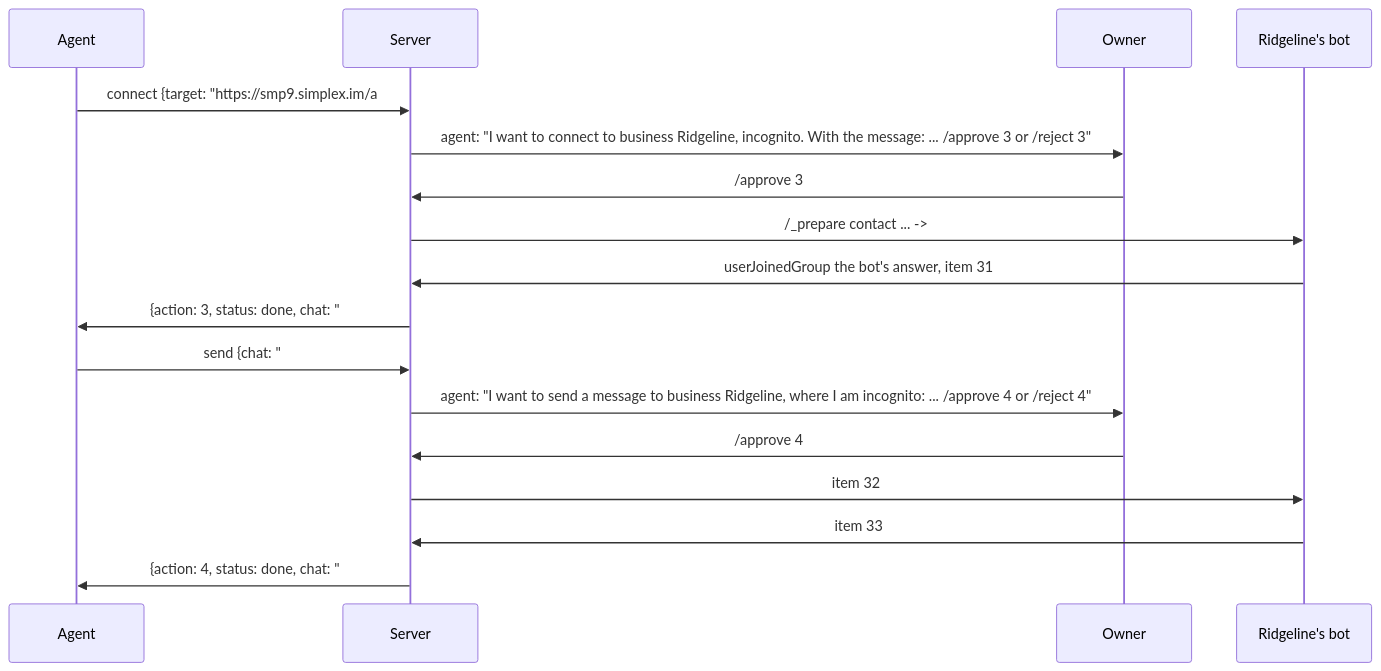
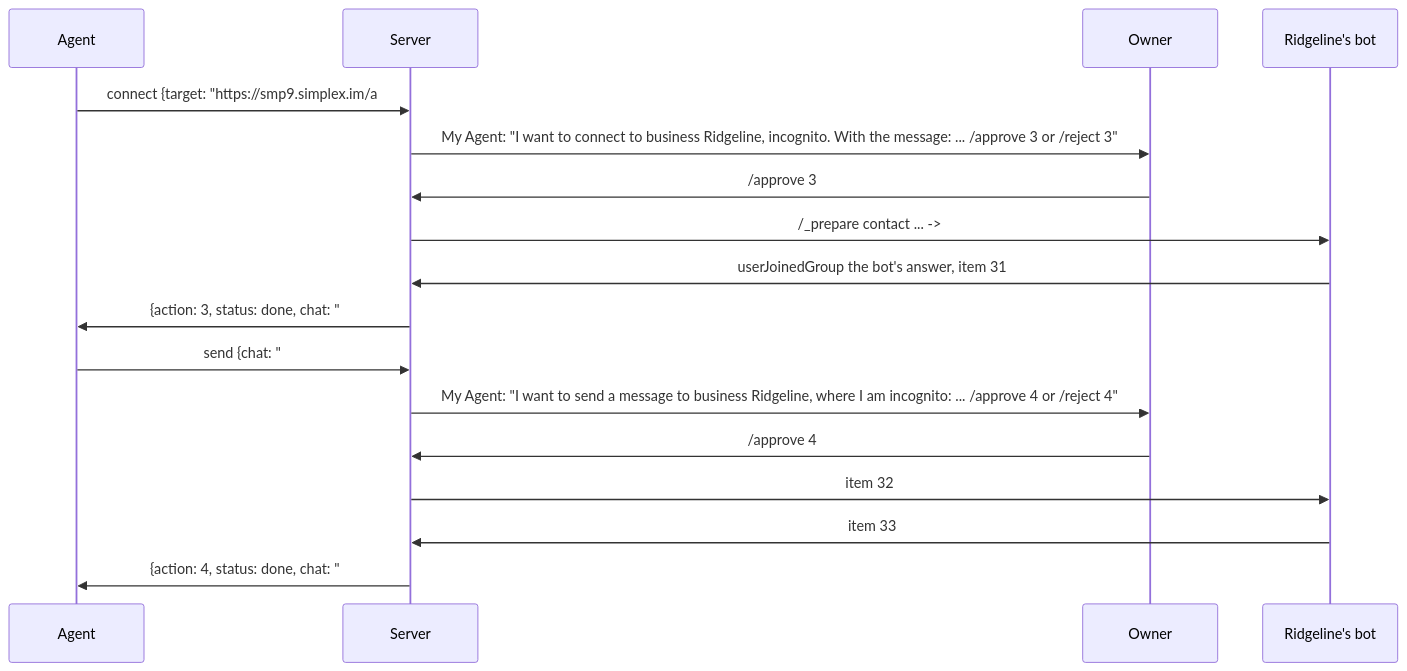
The third of 5 diagrams in packages/simplex-chat-mcp/PLAN.md (simplex-chat/simplex-chat), drawn with Mermaid before and after one commit. The commit also changed other lines of this file and 10 other files, not shown here.

````diff
--- a/packages/simplex-chat-mcp/PLAN.md
+++ b/packages/simplex-chat-mcp/PLAN.md
@@ -926,19 +931,19 @@
 ```mermaid
 sequenceDiagram
   participant A as Agent
   participant S as Server
   participant O as Owner
   participant V as Ridgeline's bot
   A->>S: connect {target: "https://smp9.simplex.im/a#...", incognito: true, message: "Do you have trail shoes under $150 in size 44?"}
-  S->>O: agent: "I want to connect to business Ridgeline, incognito. With the message: ... /approve 3 or /reject 3"
+  S->>O: My Agent: "I want to connect to business Ridgeline, incognito. With the message: ... /approve 3 or /reject 3"
   O->>S: /approve 3
   S->>V: /_prepare contact ... -> #9 (business chat); /_connect group #9 incognito=on text ...; known_as BraveOtter
   V->>S: userJoinedGroup #9; the bot's answer, item 31
   S->>A: {action: 3, status: done, chat: "#9", connected: true, type: "business", known_as: "BraveOtter", messages: [the request, 31]}
   A->>S: send {chat: "#9", text: "Is the Talus Trail waterproof?", wait: 600}
-  S->>O: agent: "I want to send a message to business Ridgeline, where I am incognito: ... /approve 4 or /reject 4"
+  S->>O: My Agent: "I want to send a message to business Ridgeline, where I am incognito: ... /approve 4 or /reject 4"
   O->>S: /approve 4
   S->>V: item 32
   V->>S: item 33
   S->>A: {action: 4, status: done, chat: "#9", item: 32, responses: [33]}
 ```
````
